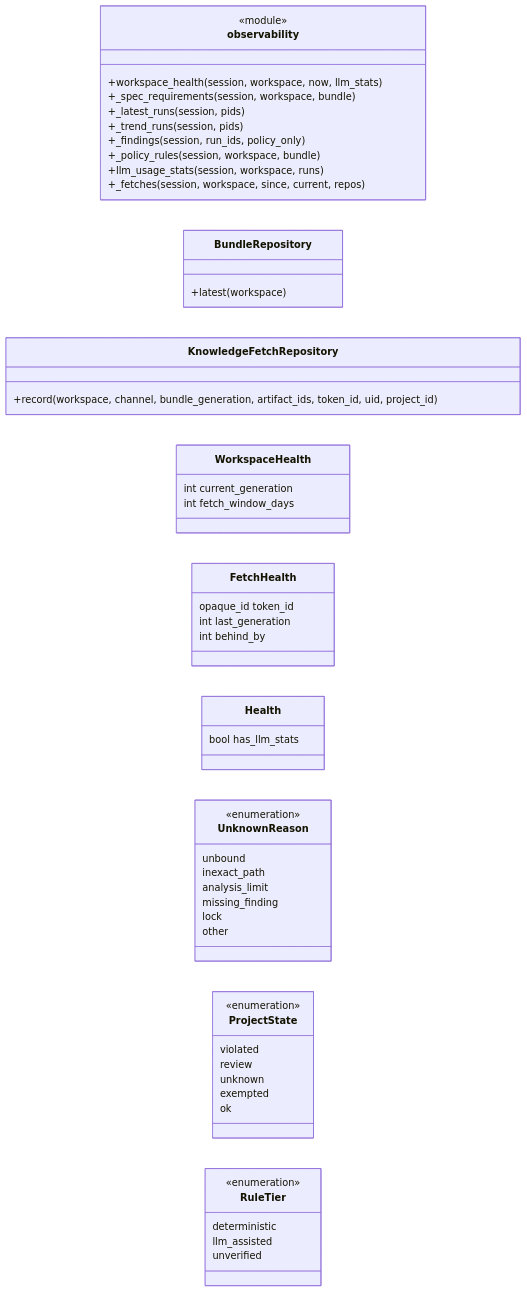
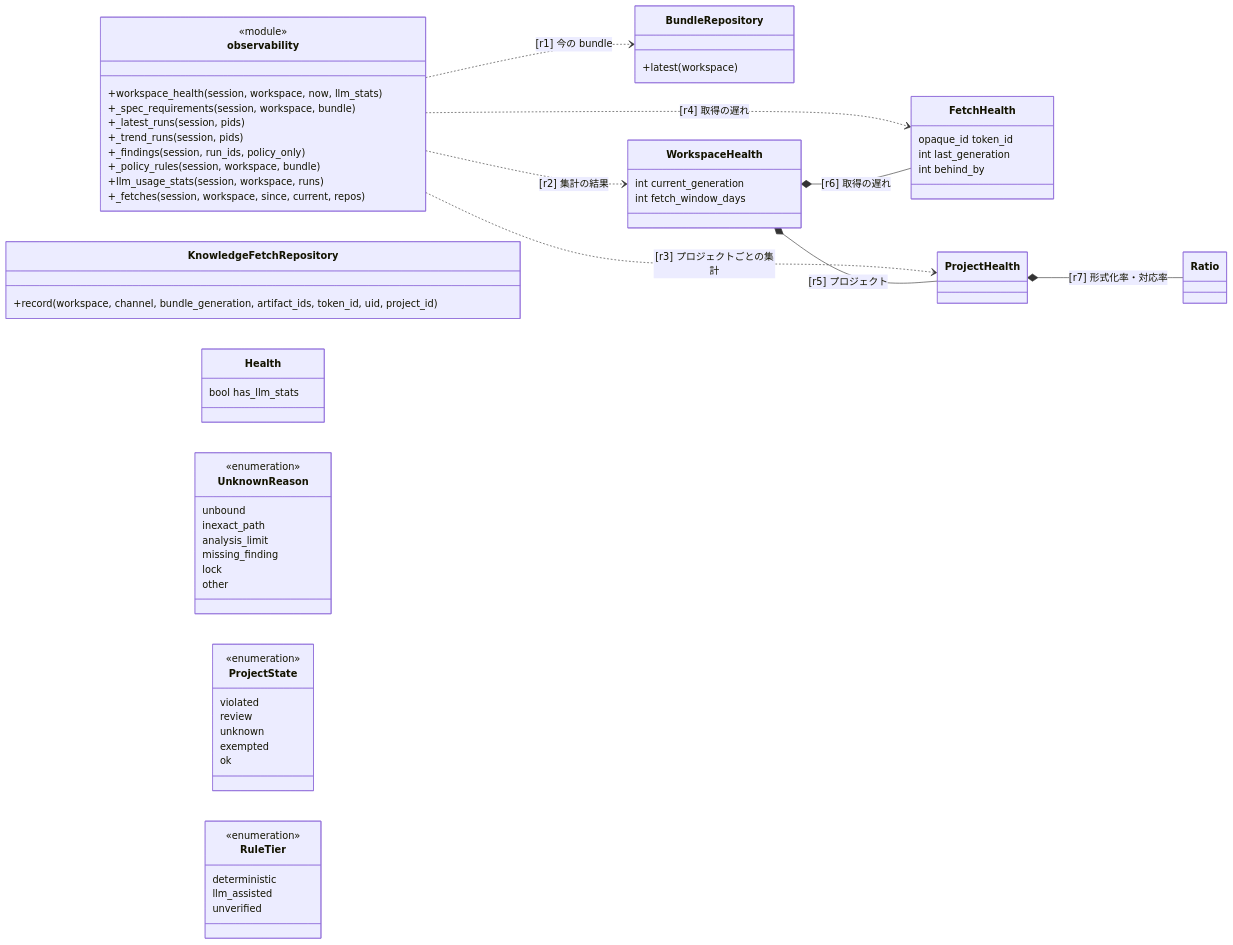
One commit to tanabe-yudai/speclino changed the first of 2 diagrams in .speclino/specs/spec-obs-001.md. Above: the diagram before and after it, drawn with Mermaid. The commit also changed other lines of this file and 8 other files, not shown here.

````diff
--- a/.speclino/specs/spec-obs-001.md
+++ b/.speclino/specs/spec-obs-001.md
@@ -46,57 +47,66 @@
 ```mermaid
 %%@ id: obs-vocab
 classDiagram
     direction LR
     class observability {
         <<module>>
         +workspace_health(session, workspace, now, llm_stats)
         +_spec_requirements(session, workspace, bundle)
         +_latest_runs(session, pids)
         +_trend_runs(session, pids)
         +_findings(session, run_ids, policy_only)
         +_policy_rules(session, workspace, bundle)
         +llm_usage_stats(session, workspace, runs)
         +_fetches(session, workspace, since, current, repos)
     }
     class BundleRepository {
         +latest(workspace)
     }
     class KnowledgeFetchRepository {
         +record(workspace, channel, bundle_generation, artifact_ids, token_id, uid, project_id)
     }
     class WorkspaceHealth {
         int current_generation
         int fetch_window_days
     }
     class FetchHealth {
         opaque_id token_id
         int last_generation
         int behind_by
     }
     class Health {
         bool has_llm_stats
     }
     class UnknownReason {
         <<enumeration>>
         unbound
         inexact_path
         analysis_limit
         missing_finding
         lock
         other
     }
     class ProjectState {
         <<enumeration>>
         violated
         review
         unknown
         exempted
         ok
     }
     class RuleTier {
         <<enumeration>>
         deterministic
         llm_assisted
         unverified
     }
+    class ProjectHealth
+    class Ratio
+    observability ..> BundleRepository : [r1] 今の bundle
+    observability ..> WorkspaceHealth : [r2] 集計の結果
+    observability ..> ProjectHealth : [r3] プロジェクトごとの集計
+    observability ..> FetchHealth : [r4] 取得の遅れ
+    WorkspaceHealth *-- ProjectHealth : [r5] プロジェクト
+    WorkspaceHealth *-- FetchHealth : [r6] 取得の遅れ
+    ProjectHealth *-- Ratio : [r7] 形式化率・対応率
 ```
````
